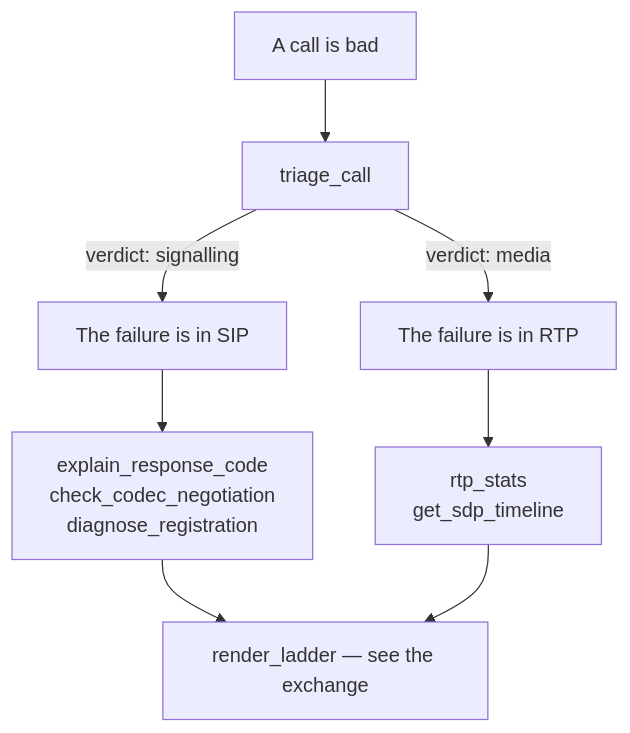
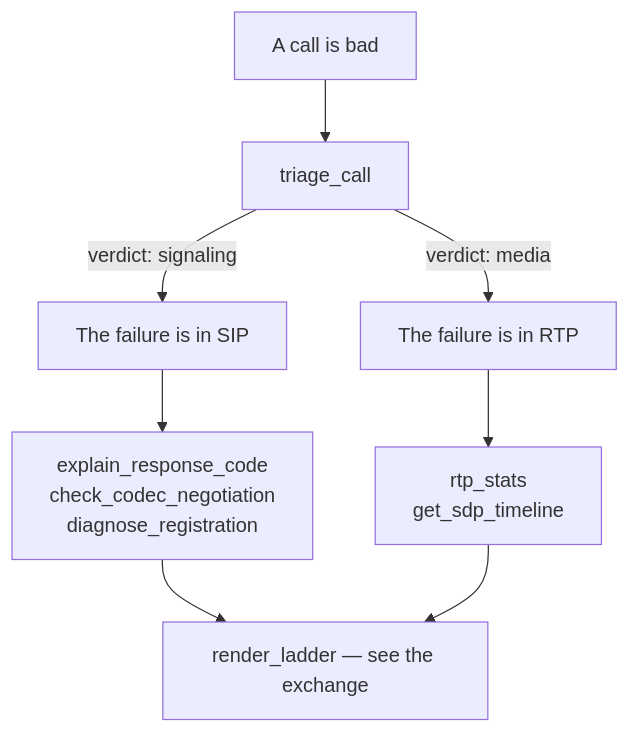
One commit to NormB/sipnab changed the seventh of 7 diagrams in docs/mcp-walkthrough.md. Above: the diagram before and after it, drawn with Mermaid. The commit also changed other lines of this file and 281 other files, not shown here.

````diff
--- a/docs/mcp-walkthrough.md
+++ b/docs/mcp-walkthrough.md
@@ -1501,10 +1501,10 @@
 ```mermaid
 flowchart TD
     Q["A call is bad"] --> T["triage_call"]
-    T -->|verdict: signalling| S["The failure is in SIP"]
+    T -->|verdict: signaling| S["The failure is in SIP"]
     T -->|verdict: media| M["The failure is in RTP"]
     S --> S1["explain_response_code<br/>check_codec_negotiation<br/>diagnose_registration"]
     M --> M1["rtp_stats<br/>get_sdp_timeline"]
     S1 --> L["render_ladder — see the exchange"]
     M1 --> L
 ```
````
